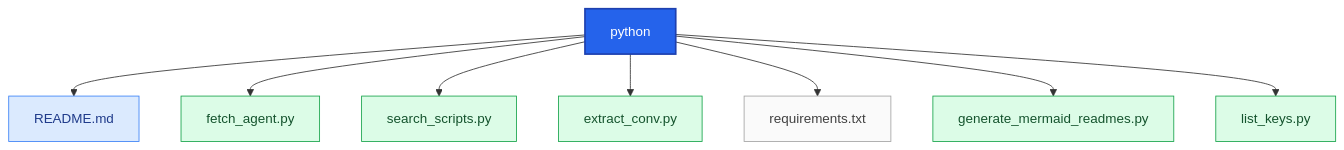
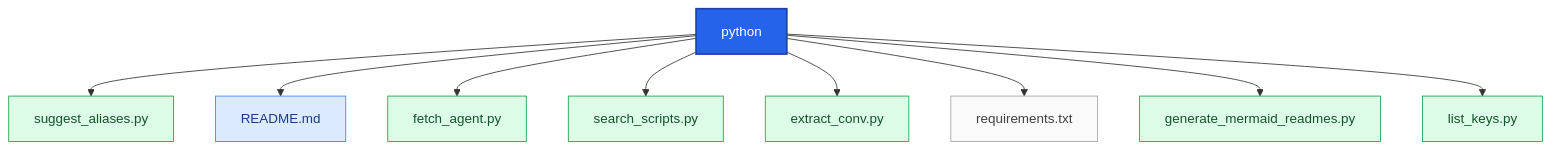
One commit to Richie086/scripts-public changed the diagram in python/README.md. Above: the diagram before and after it, drawn with Mermaid. The commit also changed 5 other files, not shown here.

Commit message:
Add suggest_aliases.py utility script and documentation with auto-generated README catalog

````diff
--- a/python/README.md
+++ b/python/README.md
@@ -11,15 +11,16 @@
 ```mermaid
 graph TD
-	root["python"]:::root --> n1["README.md"]:::file-md
-	root["python"]:::root --> n2["fetch_agent.py"]:::file-py
-	root["python"]:::root --> n3["search_scripts.py"]:::file-py
-	root["python"]:::root --> n4["extract_conv.py"]:::file-py
-	root["python"]:::root --> n5["requirements.txt"]:::file-text
-	root["python"]:::root --> n6["generate_mermaid_readmes.py"]:::file-py
-	root["python"]:::root --> n7["list_keys.py"]:::file-py
+	root["python"]:::root --> n1["suggest_aliases.py"]:::file-py
+	root["python"]:::root --> n2["README.md"]:::file-md
+	root["python"]:::root --> n3["fetch_agent.py"]:::file-py
+	root["python"]:::root --> n4["search_scripts.py"]:::file-py
+	root["python"]:::root --> n5["extract_conv.py"]:::file-py
+	root["python"]:::root --> n6["requirements.txt"]:::file-text
+	root["python"]:::root --> n7["generate_mermaid_readmes.py"]:::file-py
+	root["python"]:::root --> n8["list_keys.py"]:::file-py
 classDef root fill:#2563eb,stroke:#1e40af,stroke-width:2px,color:#ffffff;
 classDef folder fill:#fbbf24,stroke:#d97706,stroke-width:1px,color:#451a03;
 classDef file-md fill:#dbeafe,stroke:#3b82f6,stroke-width:1px,color:#1e3a8a;
 classDef file-py fill:#dcfce7,stroke:#16a34a,stroke-width:1px,color:#14532d;
 classDef file-text fill:#fafafa,stroke:#a3a3a3,stroke-width:1px,color:#404040;
 ```
````
